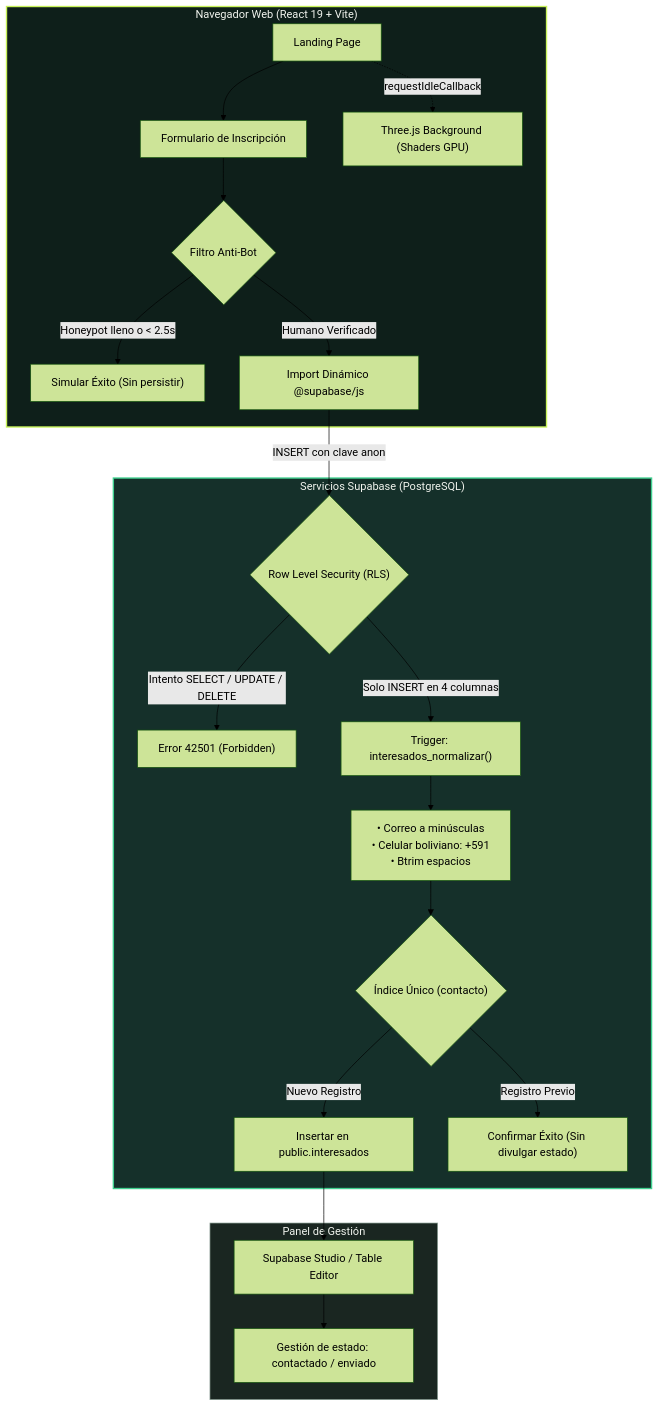
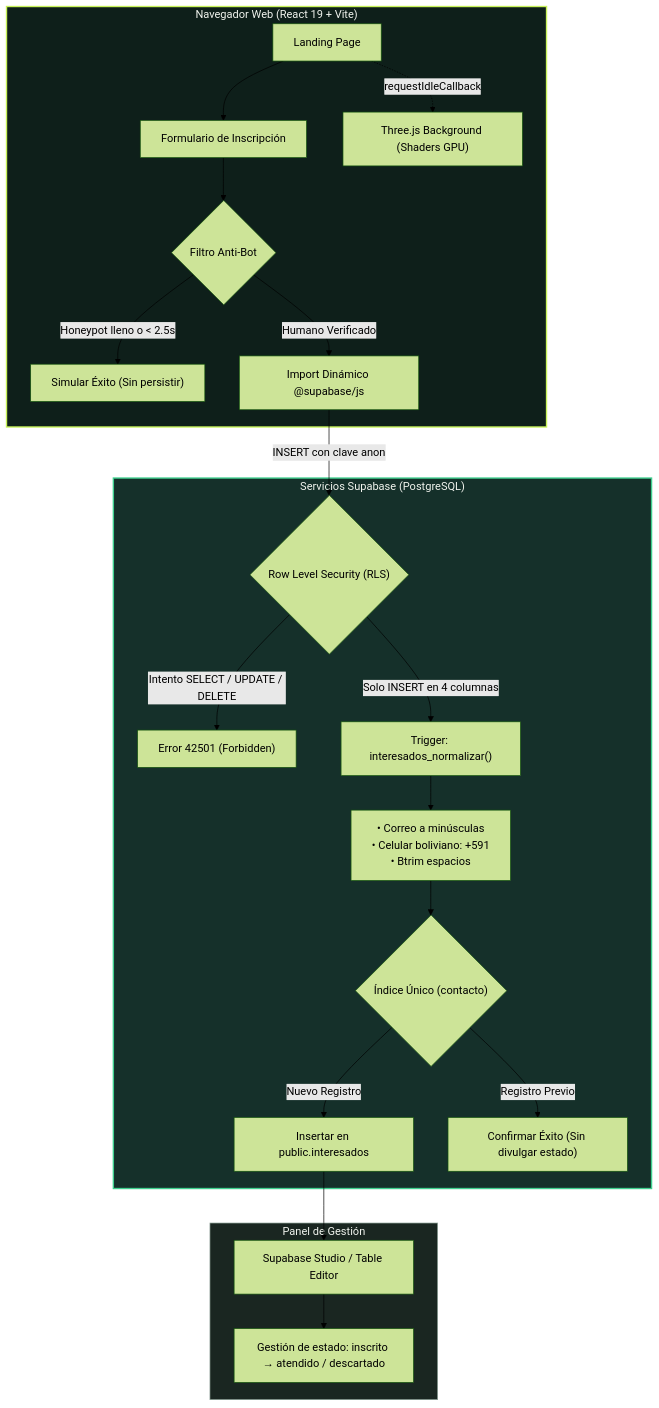
One commit to Petra761/tuki-landing changed the diagram in README.md. Above: the diagram before and after it, drawn with Mermaid (forest theme). The commit also changed other lines of this file and 2 other files, not shown here.

Commit message:
feat: actualiza estados de inscripcion

````diff
--- a/README.md
+++ b/README.md
@@ -114,32 +114,32 @@
 ```mermaid
 flowchart TD
     subgraph Cliente["Navegador Web (React 19 + Vite)"]
         Landing["Landing Page"] --> Interaccion["Formulario de Inscripción"]
         Landing -.->|requestIdleCallback| ThreeBG["Three.js Background (Shaders GPU)"]
         
         Interaccion --> Filtro{"Filtro Anti-Bot"}
         Filtro -- "Honeypot lleno o < 2.5s" --> FakeOK["Simular Éxito (Sin persistir)"]
         Filtro -- "Humano Verificado" --> DynamicSupabase["Import Dinámico @supabase/js"]
     end
 
     subgraph Supabase["Servicios Supabase (PostgreSQL)"]
         DynamicSupabase -->|INSERT con clave anon| RLS{"Row Level Security (RLS)"}
         RLS -- "Intento SELECT / UPDATE / DELETE" --> Rechazo["Error 42501 (Forbidden)"]
         RLS -- "Solo INSERT en 4 columnas" --> Normalizar["Trigger: interesados_normalizar()"]
         
         Normalizar --> CleanData["• Correo a minúsculas\n• Celular boliviano: +591\n• Btrim espacios"]
         CleanData --> Unique{"Índice Único (contacto)"}
         
         Unique -- "Nuevo Registro" --> Insert["Insertar en public.interesados"]
         Unique -- "Registro Previo" --> Conflicto["Confirmar Éxito (Sin divulgar estado)"]
     end
 
     subgraph Admin["Panel de Gestión"]
         Insert --> TableEditor["Supabase Studio / Table Editor"]
-        TableEditor --> Gestion["Gestión de estado: contactado / enviado"]
+        TableEditor --> Gestion["Gestión de estado: inscrito → atendido / descartado"]
     end
 
     style Cliente fill:#0E1F1A,stroke:#C8F25A,stroke-width:2px,color:#F1F4EE
     style Supabase fill:#15302A,stroke:#3ECF8E,stroke-width:2px,color:#F1F4EE
     style Admin fill:#1A2621,stroke:#8CA096,stroke-width:1px,color:#F1F4EE
 ```
````
